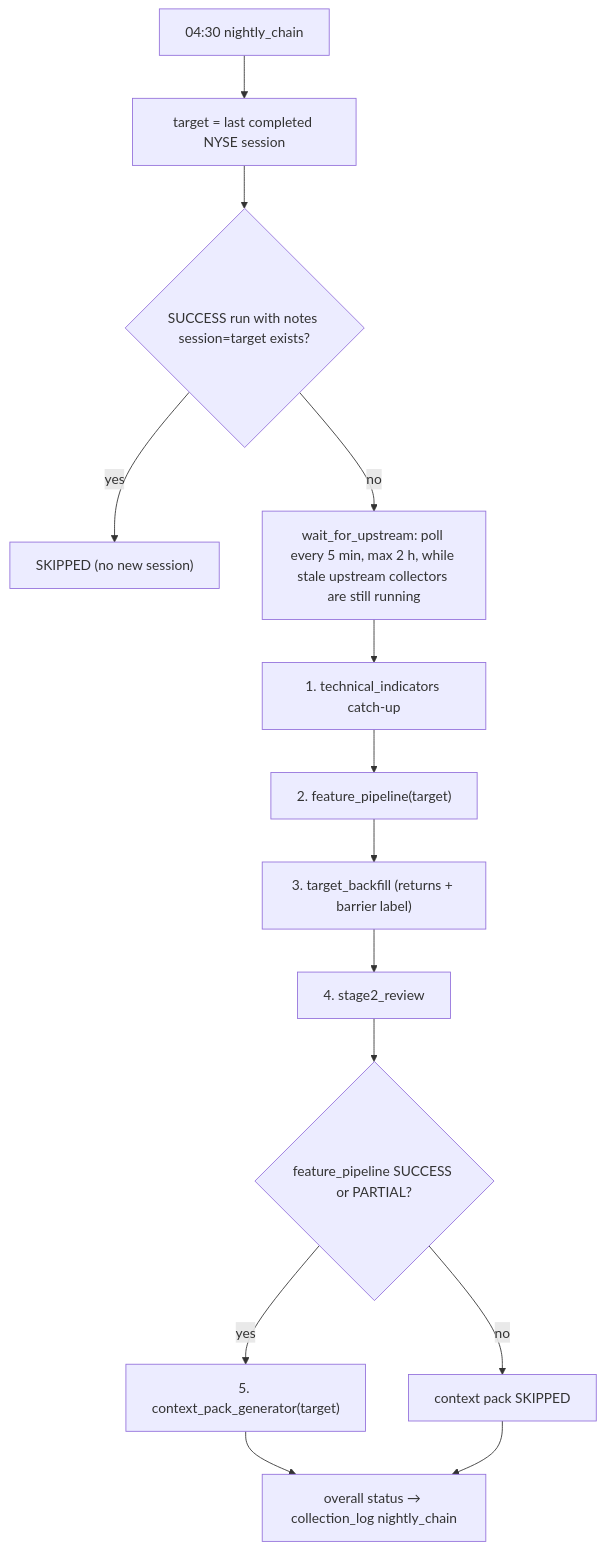
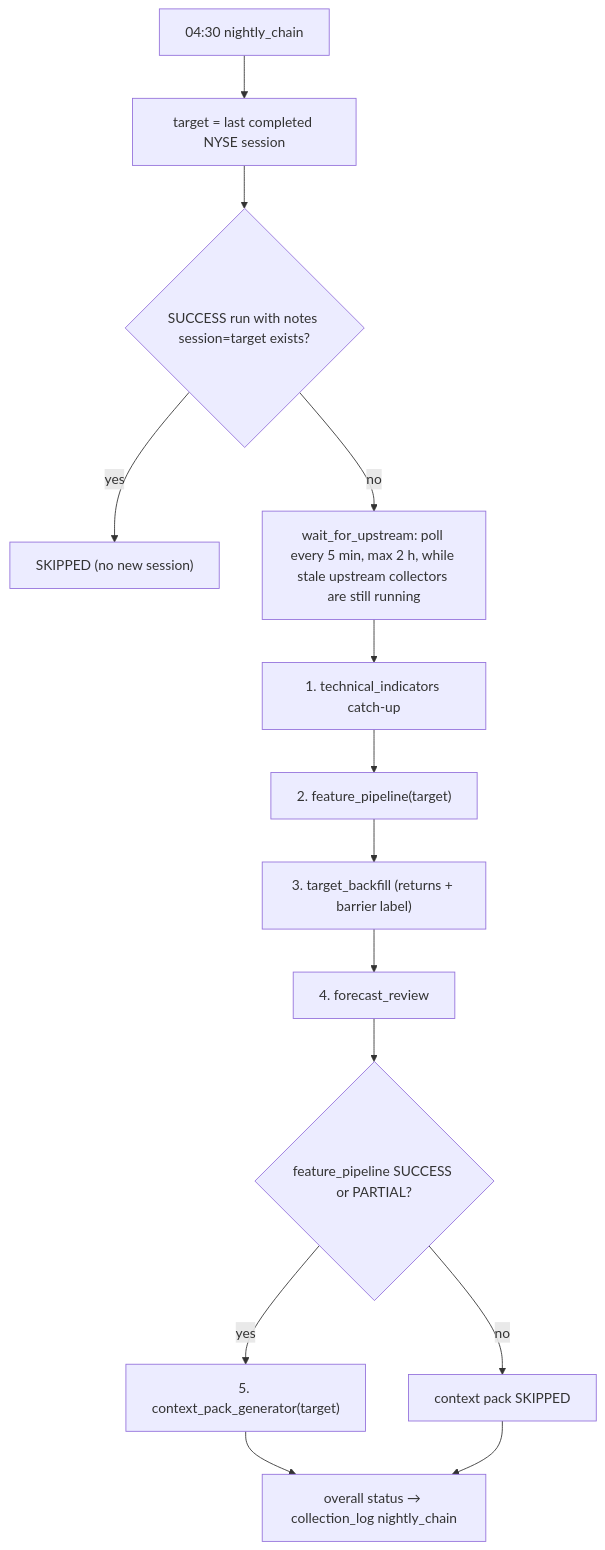
The second of 2 diagrams in docs/ARCHITECTURE.md (sebastianganser/Alpaca-Broker), drawn with Mermaid before and after one commit. The commit also changed other lines of this file and 41 other files, not shown here.

First line of the commit message:
feat(forecasts): forecast ingest, frozen-sample persistence and forecast_review chain step (plan step 4)

````diff
--- a/docs/ARCHITECTURE.md
+++ b/docs/ARCHITECTURE.md
@@ -270,16 +271,16 @@
 ```mermaid
 flowchart TD
     A["04:30 nightly_chain"] --> B["target = last completed NYSE session"]
     B --> C{"SUCCESS run with notes session=target exists?"}
     C -- yes --> Z["SKIPPED (no new session)"]
     C -- no --> D["wait_for_upstream: poll every 5 min, max 2 h, while stale upstream collectors are still running"]
     D --> E["1. technical_indicators catch-up"]
     E --> F["2. feature_pipeline(target)"]
     F --> G["3. target_backfill (returns + barrier label)"]
-    G --> H["4. stage2_review"]
+    G --> H["4. forecast_review"]
     H --> I{"feature_pipeline SUCCESS or PARTIAL?"}
     I -- yes --> J["5. context_pack_generator(target)"]
     I -- no --> K["context pack SKIPPED"]
     J --> L["overall status → collection_log nightly_chain"]
     K --> L
 ```
````
